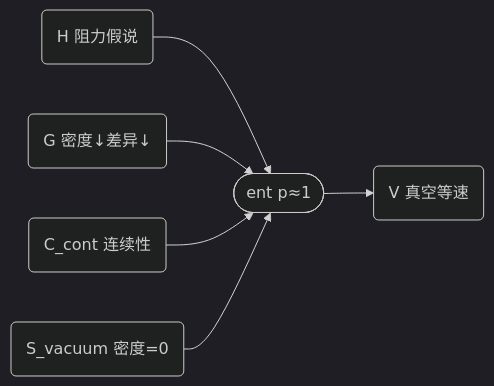
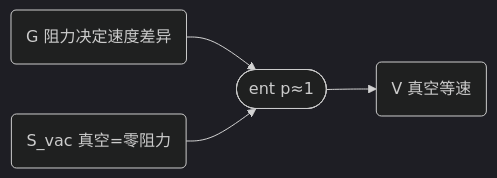
The seventh of 9 diagrams in docs/foundations/theory/science-formalization.md (newtontech/Gaia), drawn with Mermaid (dark theme) before and after one commit. The commit also changed other lines of this file, not shown here.

First line of the commit message:
docs: restructure W₂ as induction+entailment, merge H/G, remove C_cont

````diff
--- a/docs/foundations/theory/science-formalization.md
+++ b/docs/foundations/theory/science-formalization.md
@@ -323,8 +311,6 @@
 ```mermaid
 graph LR
-    H("H 阻力假说") --> f(["ent p≈1"])
-    G("G 密度↓差异↓") --> f
-    Ccont("C_cont 连续性") --> f
-    Svac("S_vacuum 密度=0") --> f
+    G("G 阻力决定速度差异") --> f(["ent p≈1"])
+    Svac("S_vac 真空=零阻力") --> f
     f --> V("V 真空等速")
 ```
````
